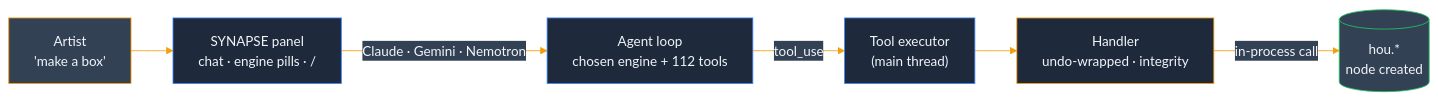
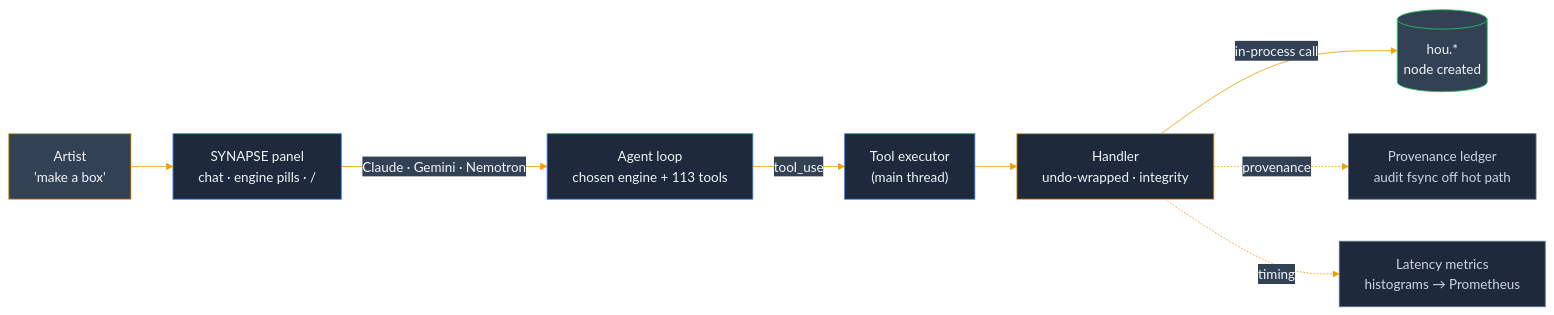
The first of 3 diagrams in README.md (JosephOIbrahim/Synapse), drawn with Mermaid before and after one commit. The commit also changed other lines of this file and 6 other files, not shown here.

````diff
--- a/README.md
+++ b/README.md
@@ -30,13 +30,16 @@
 ```mermaid
 %%{init: {'theme':'base', 'themeVariables': {'primaryColor':'#1e293b','primaryTextColor':'#f1f5f9','primaryBorderColor':'#0f172a','lineColor':'#f59e0b','secondaryColor':'#334155','tertiaryColor':'#475569'}}}%%
 flowchart LR
     ART["Artist<br/>'make a box'"]:::artist --> PANEL["SYNAPSE panel<br/>chat · engine pills · /"]:::panel
-    PANEL -->|"Claude · Gemini · Nemotron"| LOOP["Agent loop<br/>chosen engine + 112 tools"]:::panel
+    PANEL -->|"Claude · Gemini · Nemotron"| LOOP["Agent loop<br/>chosen engine + 113 tools"]:::panel
     LOOP -->|"tool_use"| EXEC["Tool executor<br/>(main thread)"]:::panel
     EXEC --> BR["Handler<br/>undo-wrapped · integrity"]:::bridge
     BR -->|in-process call| HOU[("hou.*<br/>node created")]:::hou
+    BR -.provenance.-> LEDGER["Provenance ledger<br/>audit fsync off hot path"]:::side
+    BR -.timing.-> METRICS["Latency metrics<br/>histograms → Prometheus"]:::side
     classDef artist fill:#334155,stroke:#f59e0b,color:#f1f5f9
     classDef panel fill:#1e293b,stroke:#3b82f6,color:#f1f5f9
     classDef bridge fill:#1e293b,stroke:#f59e0b,color:#f1f5f9
     classDef hou fill:#334155,stroke:#22c55e,color:#f1f5f9
+    classDef side fill:#1e293b,stroke:#64748b,color:#cbd5e1
 ```
````
